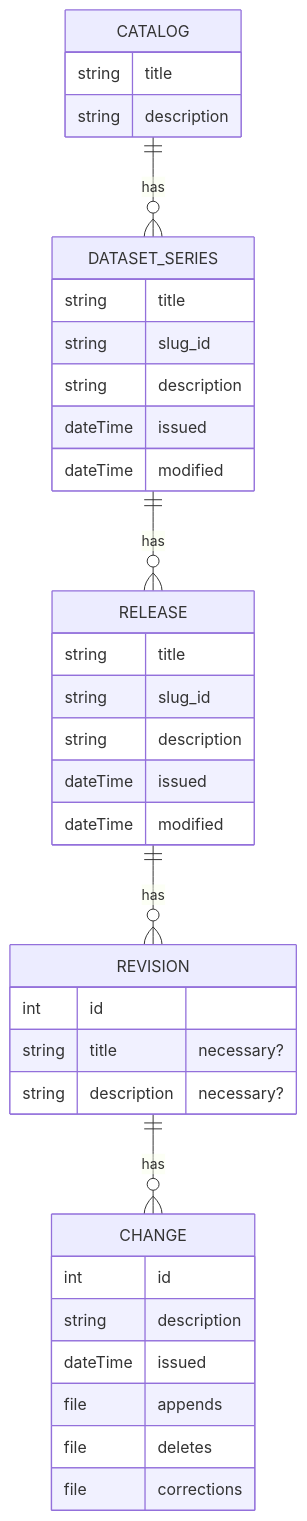
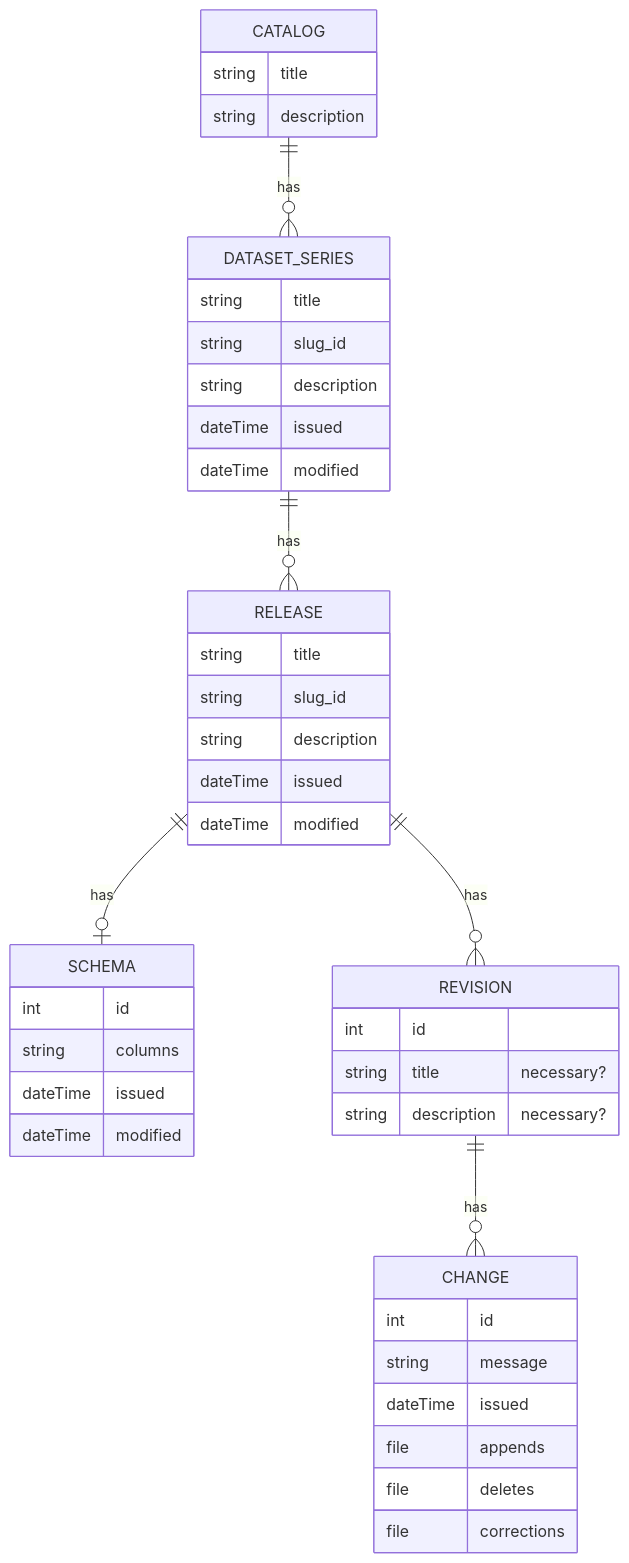
Before and after one commit to Swirrl/datahost-prototypes: the diagram in doc/data-model.md, drawn with Mermaid.

Commit message:
add schemas to data model diagram

````diff
--- a/doc/data-model.md
+++ b/doc/data-model.md
@@ -1,45 +1,52 @@
 ```mermaid
 erDiagram
     CATALOG ||--o{ DATASET_SERIES : has
 
     CATALOG {
         string title
         string description
     }
 
     DATASET_SERIES {
         string title
         string slug_id
         string description
         dateTime issued
         dateTime modified
     }
 
     RELEASE {
         string title
         string slug_id
         string description
         dateTime issued
         dateTime modified
     }
 
+    SCHEMA {
+        int id
+        string columns
+        dateTime issued
+        dateTime modified
+    }
+
     REVISION {
         int id
         string title "necessary?"
         string description "necessary?"
     }
 
     CHANGE {
         int id
-        string description
+        string message
         dateTime issued
         file appends
         file deletes
         file corrections
     }
 
     DATASET_SERIES ||--o{ RELEASE : has
     RELEASE ||--o{ REVISION : has
+    RELEASE ||--o| SCHEMA : has
     REVISION ||--o{ CHANGE : has
-
 ```
````
